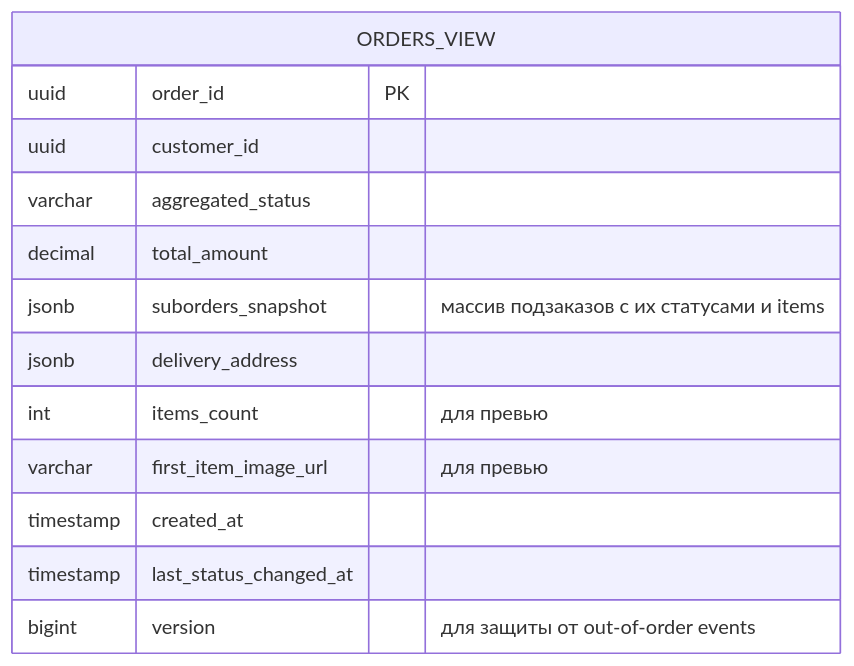
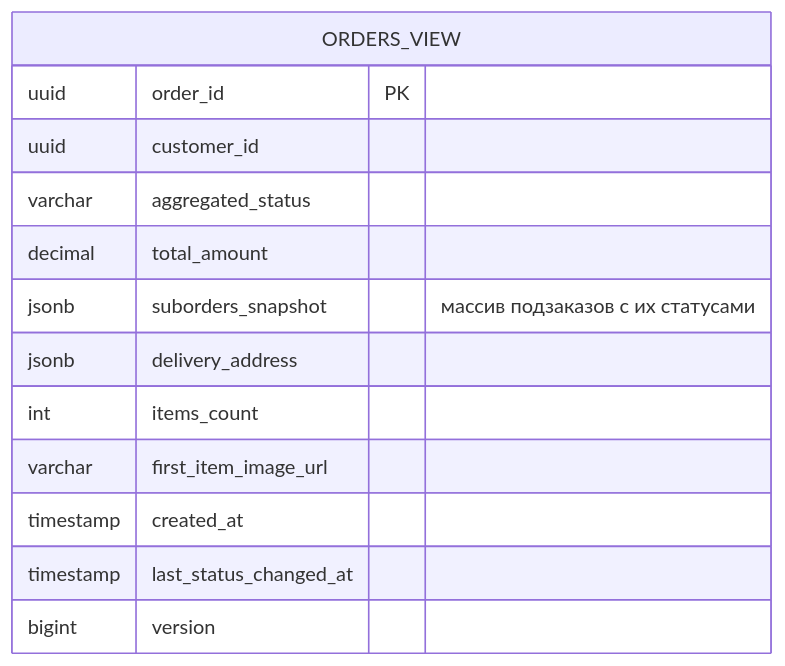
Before and after one commit to Unbiscuit/dev_sol: the second of 9 diagrams in marketplace-order-solution.md, drawn with Mermaid. The commit also changed other lines of this file, not shown here.

````diff
--- a/marketplace-order-solution.md
+++ b/marketplace-order-solution.md
@@ -245,16 +224,16 @@
 ```mermaid
 erDiagram
     ORDERS_VIEW {
         uuid order_id PK
         uuid customer_id
         varchar aggregated_status
         decimal total_amount
-        jsonb suborders_snapshot "массив подзаказов с их статусами и items"
+        jsonb suborders_snapshot "массив подзаказов с их статусами"
         jsonb delivery_address
-        int items_count "для превью"
-        varchar first_item_image_url "для превью"
+        int items_count
+        varchar first_item_image_url
         timestamp created_at
         timestamp last_status_changed_at
-        bigint version "для защиты от out-of-order events"
+        bigint version
     }
 ```
````
